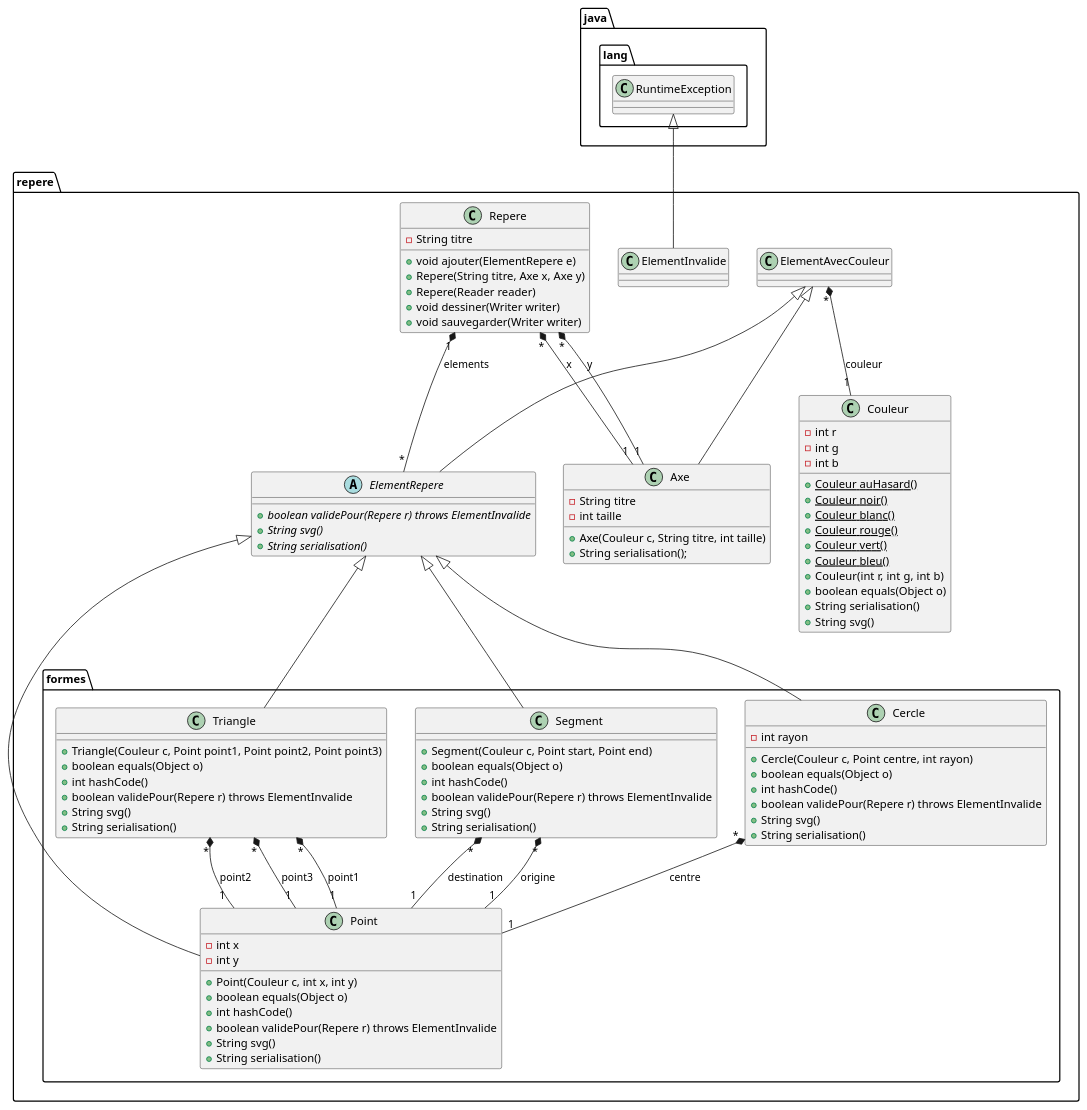
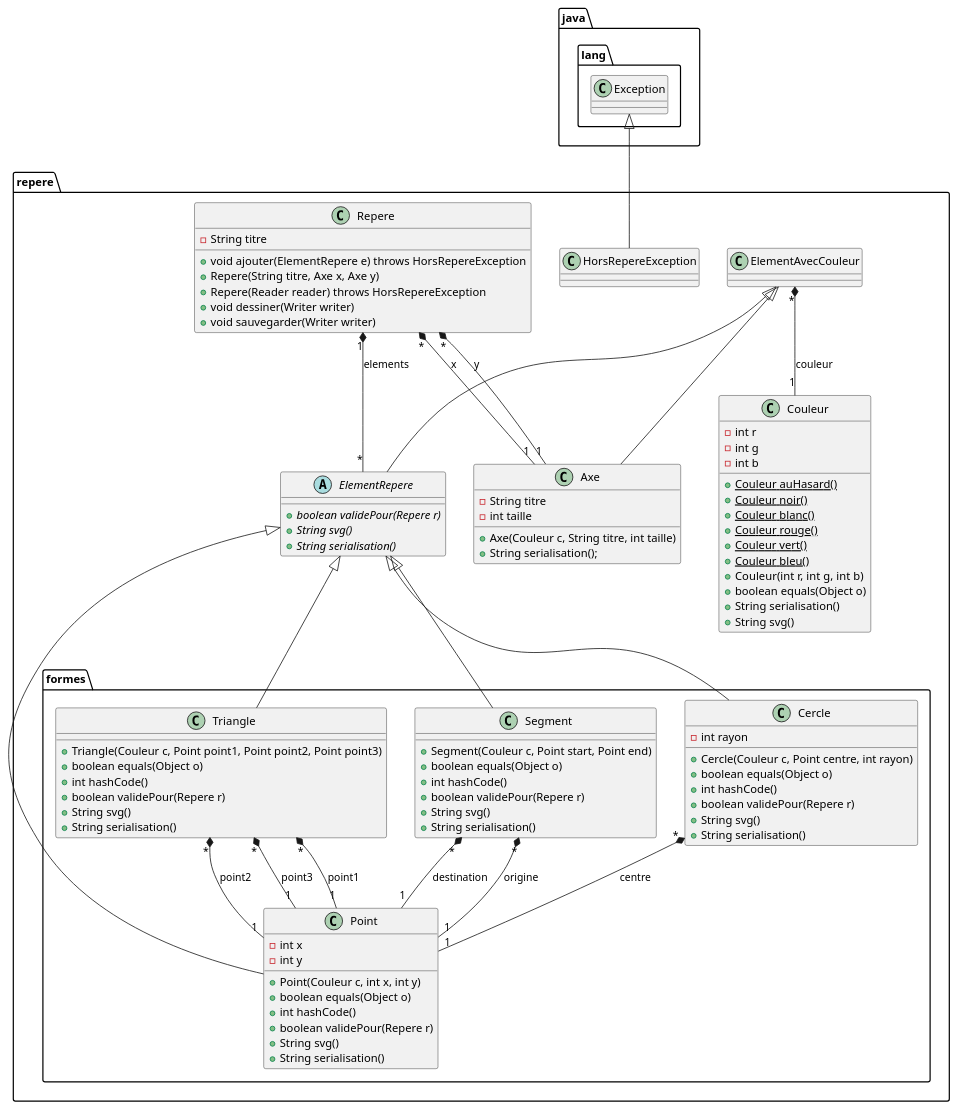
One commit to EnseirbTelecom/pg220-official changed the diagram in tp2/doc/design.puml. Above: the diagram before and after it, drawn with PlantUML. The commit also changed 14 other files, not shown here.

```diff
--- a/tp2/doc/design.puml
+++ b/tp2/doc/design.puml
@@ -1,113 +1,113 @@
 @startuml design.png
 package java.lang {
 
-class RuntimeException {
+class Exception {
 }
 
 }
 
 package repere {
 
 abstract class ElementRepere {
-+ {abstract} boolean validePour(Repere r) throws ElementInvalide
++ {abstract} boolean validePour(Repere r)
 + {abstract} String svg()
 + {abstract} String serialisation()
 }
 
 ElementAvecCouleur <|-- Axe
 ElementAvecCouleur <|-- ElementRepere
 ElementAvecCouleur "*" *-- "1" Couleur : couleur
 
 class Couleur {
 - int r
 - int g
 - int b
 + {static} Couleur auHasard()
 + {static} Couleur noir()
 + {static} Couleur blanc()
 + {static} Couleur rouge()
 + {static} Couleur vert()
 + {static} Couleur bleu()
 + Couleur(int r, int g, int b)
 + boolean equals(Object o)
 + String serialisation()
 + String svg()
 }
 
-RuntimeException <|-- ElementInvalide
+Exception <|-- HorsRepereException
 
 class Axe {
 - String titre
 - int taille
 + Axe(Couleur c, String titre, int taille)
 + String serialisation();
 }
 
 class Repere {
 - String titre
-+ void ajouter(ElementRepere e)
++ void ajouter(ElementRepere e) throws HorsRepereException
 + Repere(String titre, Axe x, Axe y)
-+ Repere(Reader reader)
++ Repere(Reader reader) throws HorsRepereException
 + void dessiner(Writer writer)
 + void sauvegarder(Writer writer)
 }
 
 Repere "*" *-- "1" Axe : x
 Repere "*" *-- "1" Axe : y
 Repere "1" *-- "*" ElementRepere : elements
 
 }
 
 package repere.formes {
 
 ElementRepere <|-- Segment
 Segment "*" *-- "1" Point : origine
 Segment "*" *-- "1" Point : destination
 class Segment {
 + Segment(Couleur c, Point start, Point end)
 + boolean equals(Object o)
 + int hashCode()
-+ boolean validePour(Repere r) throws ElementInvalide
++ boolean validePour(Repere r)
 + String svg()
 + String serialisation()
 }
 
 ElementRepere <|-- Point
 class Point {
 - int x
 - int y
 + Point(Couleur c, int x, int y)
 + boolean equals(Object o)
 + int hashCode()
-+ boolean validePour(Repere r) throws ElementInvalide
++ boolean validePour(Repere r)
 + String svg()
 + String serialisation()
 }
 
 ElementRepere <|-- Cercle
 Cercle "*" *-- "1" Point : centre
 class Cercle {
 - int rayon
 + Cercle(Couleur c, Point centre, int rayon)
 + boolean equals(Object o)
 + int hashCode()
-+ boolean validePour(Repere r) throws ElementInvalide
++ boolean validePour(Repere r)
 + String svg()
 + String serialisation()
 }
 
 ElementRepere <|-- Triangle
 Triangle "*" *-- "1" Point : point1
 Triangle "*" *-- "1" Point : point2
 Triangle "*" *-- "1" Point : point3
 class Triangle {
 + Triangle(Couleur c, Point point1, Point point2, Point point3)
 + boolean equals(Object o)
 + int hashCode()
-+ boolean validePour(Repere r) throws ElementInvalide
++ boolean validePour(Repere r)
 + String svg()
 + String serialisation()
 }
 
 }
 @enduml
```
